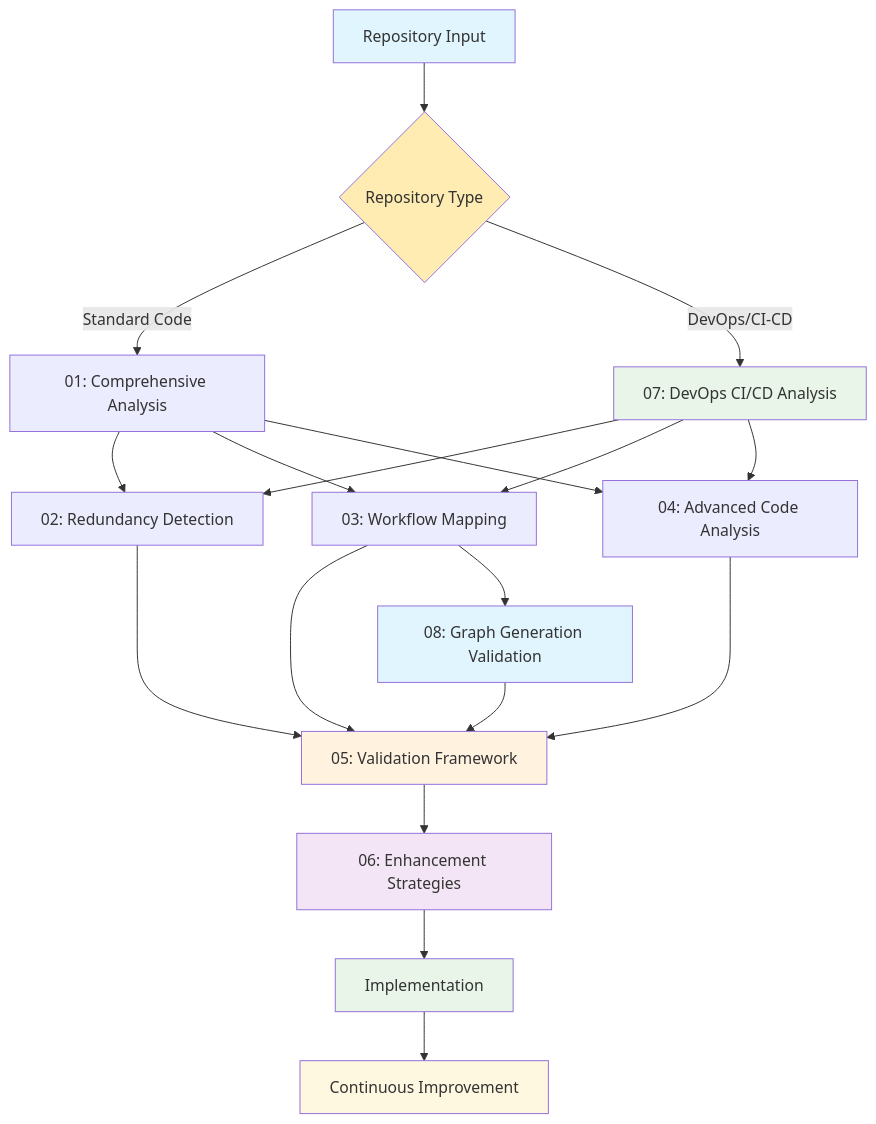
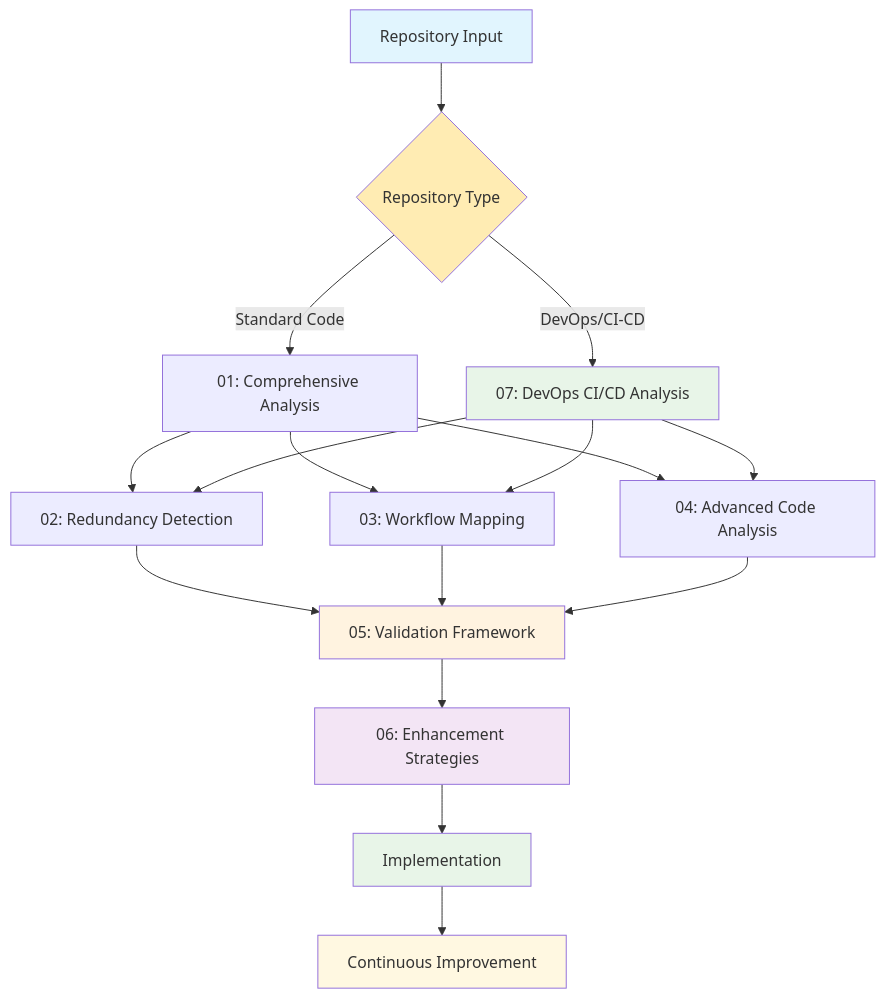
Before and after one commit to simonesgit/llm_prompts: the first of 2 diagrams in llm_project_analysis_prompts/README.md, drawn with Mermaid. The commit also changed other lines of this file and 1 other file, not shown here.

````diff
--- a/llm_project_analysis_prompts/README.md
+++ b/llm_project_analysis_prompts/README.md
@@ -169,29 +147,26 @@
 ```mermaid
 flowchart TD
     A[Repository Input] --> B{Repository Type}
     B -->|Standard Code| C[01: Comprehensive Analysis]
     B -->|DevOps/CI-CD| D[07: DevOps CI/CD Analysis]
     C --> E[02: Redundancy Detection]
     C --> F[03: Workflow Mapping]
     C --> G[04: Advanced Code Analysis]
     D --> E
     D --> F
     D --> G
     E --> H[05: Validation Framework]
     F --> H
-    F --> GraphVal[08: Graph Generation Validation]
     G --> H
-    GraphVal --> H
     H --> I[06: Enhancement Strategies]
     I --> J[Implementation]
     J --> K[Continuous Improvement]
     
     style A fill:#e1f5fe
     style B fill:#ffecb3
     style D fill:#e8f5e8
     style H fill:#fff3e0
     style I fill:#f3e5f5
     style J fill:#e8f5e8
     style K fill:#fff8e1
-    style GraphVal fill:#e1f5fe
 ```
````
